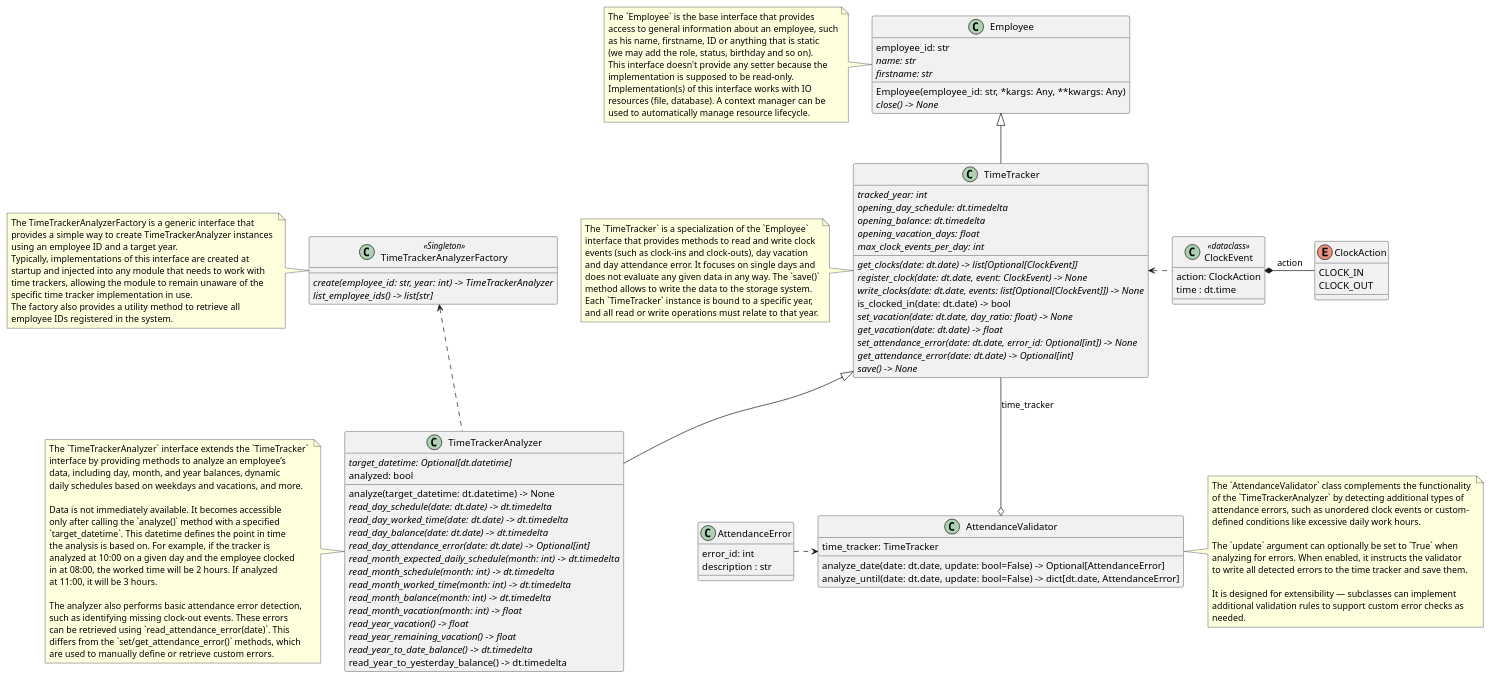
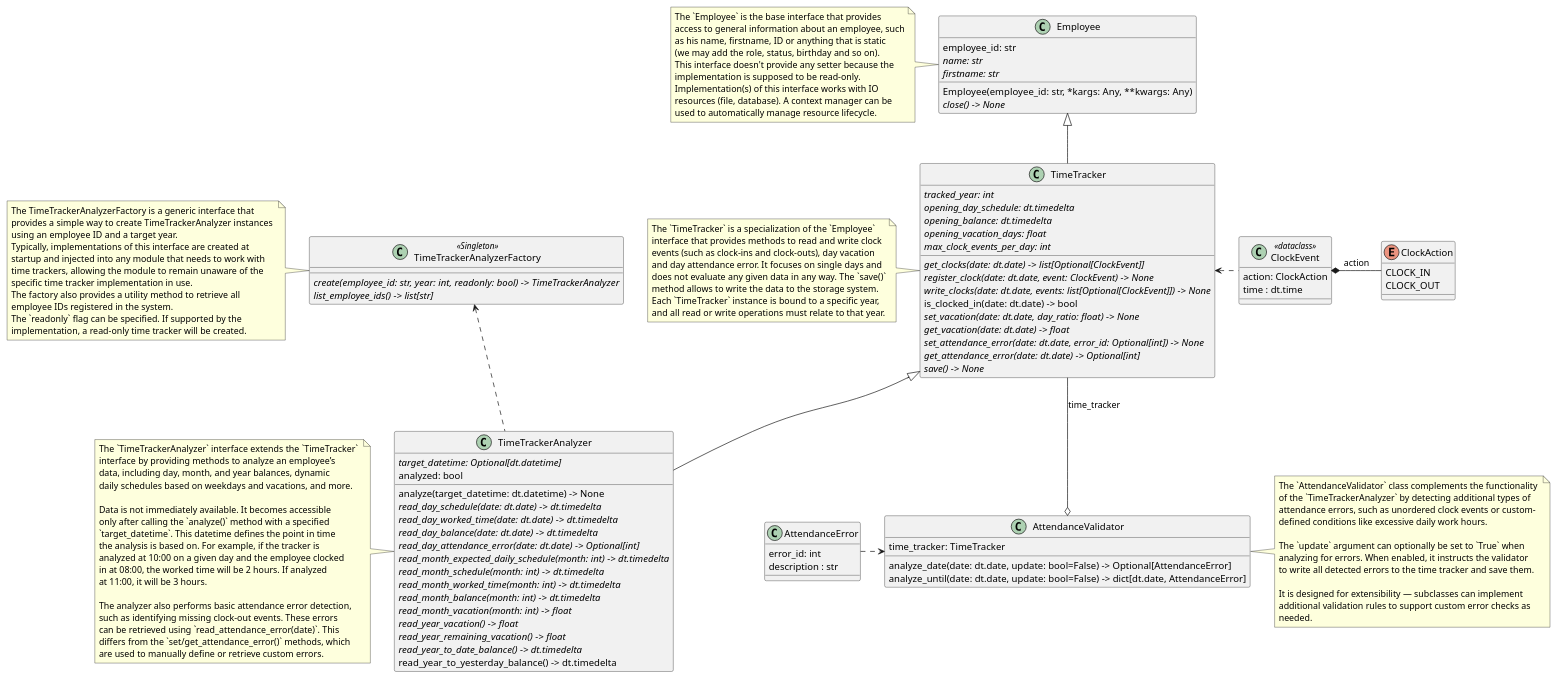
Before and after one commit to Mecacerf/TeamBridge: the diagram in doc/time_tracker.plantuml, drawn with PlantUML. The commit also changed 5 other files, not shown here.

Commit message:
feat: add read-only mode to sheet time tracker and improved workbook loading time

```diff
--- a/doc/time_tracker.plantuml
+++ b/doc/time_tracker.plantuml
@@ -1,158 +1,160 @@
 @startuml time_tracker
 
 class "Employee" {
   employee_id: str
   {abstract}name: str
   {abstract}firstname: str
 
   Employee(employee_id: str, *kargs: Any, **kwargs: Any)
   {abstract}close() -> None
 }
 
 note left 
   The `Employee` is the base interface that provides 
   access to general information about an employee, such
   as his name, firstname, ID or anything that is static
   (we may add the role, status, birthday and so on).
   This interface doesn't provide any setter because the 
   implementation is supposed to be read-only.
   Implementation(s) of this interface works with IO 
   resources (file, database). A context manager can be 
   used to automatically manage resource lifecycle.
 end note
 
 class "TimeTracker" {
   {abstract}tracked_year: int
   {abstract}opening_day_schedule: dt.timedelta
   {abstract}opening_balance: dt.timedelta
   {abstract}opening_vacation_days: float
   {abstract}max_clock_events_per_day: int
 
   {abstract}get_clocks(date: dt.date) -> list[Optional[ClockEvent]]
   {abstract}register_clock(date: dt.date, event: ClockEvent) -> None
   {abstract}write_clocks(date: dt.date, events: list[Optional[ClockEvent]]) -> None
   is_clocked_in(date: dt.date) -> bool
   {abstract}set_vacation(date: dt.date, day_ratio: float) -> None
   {abstract}get_vacation(date: dt.date) -> float
   {abstract}set_attendance_error(date: dt.date, error_id: Optional[int]) -> None
   {abstract}get_attendance_error(date: dt.date) -> Optional[int]
   {abstract}save() -> None
 }
 
 note left
 The `TimeTracker` is a specialization of the `Employee` 
 interface that provides methods to read and write clock 
 events (such as clock-ins and clock-outs), day vacation 
 and day attendance error. It focuses on single days and
 does not evaluate any given data in any way. The `save()`
 method allows to write the data to the storage system.
 Each `TimeTracker` instance is bound to a specific year, 
 and all read or write operations must relate to that year.
 end note
 
 class "TimeTrackerAnalyzer" {
   {abstract}target_datetime: Optional[dt.datetime]
   analyzed: bool
   
   analyze(target_datetime: dt.datetime) -> None
   {abstract}read_day_schedule(date: dt.date) -> dt.timedelta
   {abstract}read_day_worked_time(date: dt.date) -> dt.timedelta
   {abstract}read_day_balance(date: dt.date) -> dt.timedelta
   {abstract}read_day_attendance_error(date: dt.date) -> Optional[int]
   {abstract}read_month_expected_daily_schedule(month: int) -> dt.timedelta
   {abstract}read_month_schedule(month: int) -> dt.timedelta
   {abstract}read_month_worked_time(month: int) -> dt.timedelta
   {abstract}read_month_balance(month: int) -> dt.timedelta
   {abstract}read_month_vacation(month: int) -> float
   {abstract}read_year_vacation() -> float
   {abstract}read_year_remaining_vacation() -> float
   {abstract}read_year_to_date_balance() -> dt.timedelta
   read_year_to_yesterday_balance() -> dt.timedelta
 }
 
 note left
 The `TimeTrackerAnalyzer` interface extends the `TimeTracker` 
 interface by providing methods to analyze an employee’s 
 data, including day, month, and year balances, dynamic 
 daily schedules based on weekdays and vacations, and more.
 
 Data is not immediately available. It becomes accessible 
 only after calling the `analyze()` method with a specified 
 `target_datetime`. This datetime defines the point in time 
 the analysis is based on. For example, if the tracker is 
 analyzed at 10:00 on a given day and the employee clocked 
 in at 08:00, the worked time will be 2 hours. If analyzed 
 at 11:00, it will be 3 hours.
 
 The analyzer also performs basic attendance error detection, 
 such as identifying missing clock-out events. These errors 
 can be retrieved using `read_attendance_error(date)`. This 
 differs from the `set/get_attendance_error()` methods, which 
 are used to manually define or retrieve custom errors.
 end note
 
 Employee <|-- TimeTracker
 TimeTracker <|-- TimeTrackerAnalyzer
 
 enum "ClockAction" {
   CLOCK_IN
   CLOCK_OUT
 }
 
 class "ClockEvent" <<dataclass>> {
   action: ClockAction
   time : dt.time
 }
 
 ClockEvent .l.> TimeTracker
 ClockAction -l* ClockEvent : action
 
 class "AttendanceError" {
   error_id: int
   description : str
 }
 
 class "AttendanceValidator" {
   time_tracker: TimeTracker
   analyze_date(date: dt.date, update: bool=False) -> Optional[AttendanceError]
   analyze_until(date: dt.date, update: bool=False) -> dict[dt.date, AttendanceError]
 }
 
 note right
   The `AttendanceValidator` class complements the functionality 
   of the `TimeTrackerAnalyzer` by detecting additional types of 
   attendance errors, such as unordered clock events or custom-
   defined conditions like excessive daily work hours.
 
   The `update` argument can optionally be set to `True` when 
   analyzing for errors. When enabled, it instructs the validator 
   to write all detected errors to the time tracker and save them.
   
   It is designed for extensibility — subclasses can implement 
   additional validation rules to support custom error checks as 
   needed.
 end note
 
 TimeTracker --o AttendanceValidator : time_tracker
 AttendanceError .> AttendanceValidator
 
 class "TimeTrackerAnalyzerFactory" <<Singleton>> {
-  {abstract}create(employee_id: str, year: int) -> TimeTrackerAnalyzer
+  {abstract}create(employee_id: str, year: int, readonly: bool) -> TimeTrackerAnalyzer
   {abstract}list_employee_ids() -> list[str]
 }
 
 note left
   The TimeTrackerAnalyzerFactory is a generic interface that 
   provides a simple way to create TimeTrackerAnalyzer instances 
   using an employee ID and a target year.
   Typically, implementations of this interface are created at 
   startup and injected into any module that needs to work with 
   time trackers, allowing the module to remain unaware of the 
   specific time tracker implementation in use.
   The factory also provides a utility method to retrieve all 
   employee IDs registered in the system.
+  The `readonly` flag can be specified. If supported by the
+  implementation, a read-only time tracker will be created.
 end note
 
 TimeTrackerAnalyzerFactory <.. TimeTrackerAnalyzer
 
 @enduml
```
